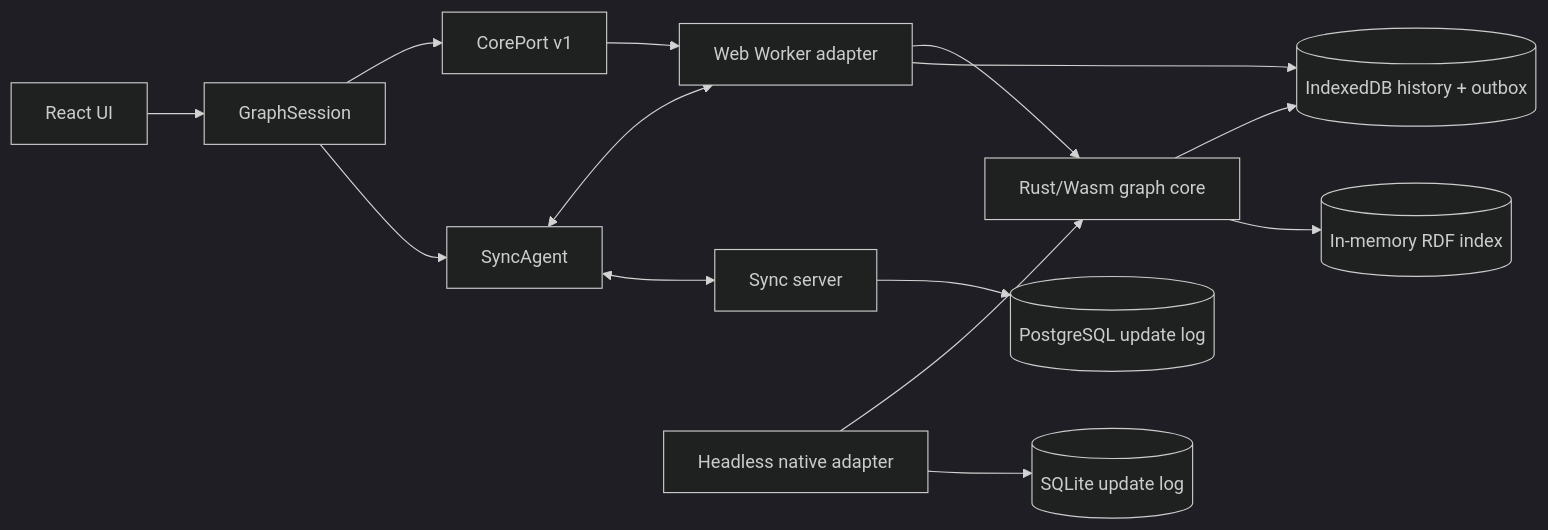
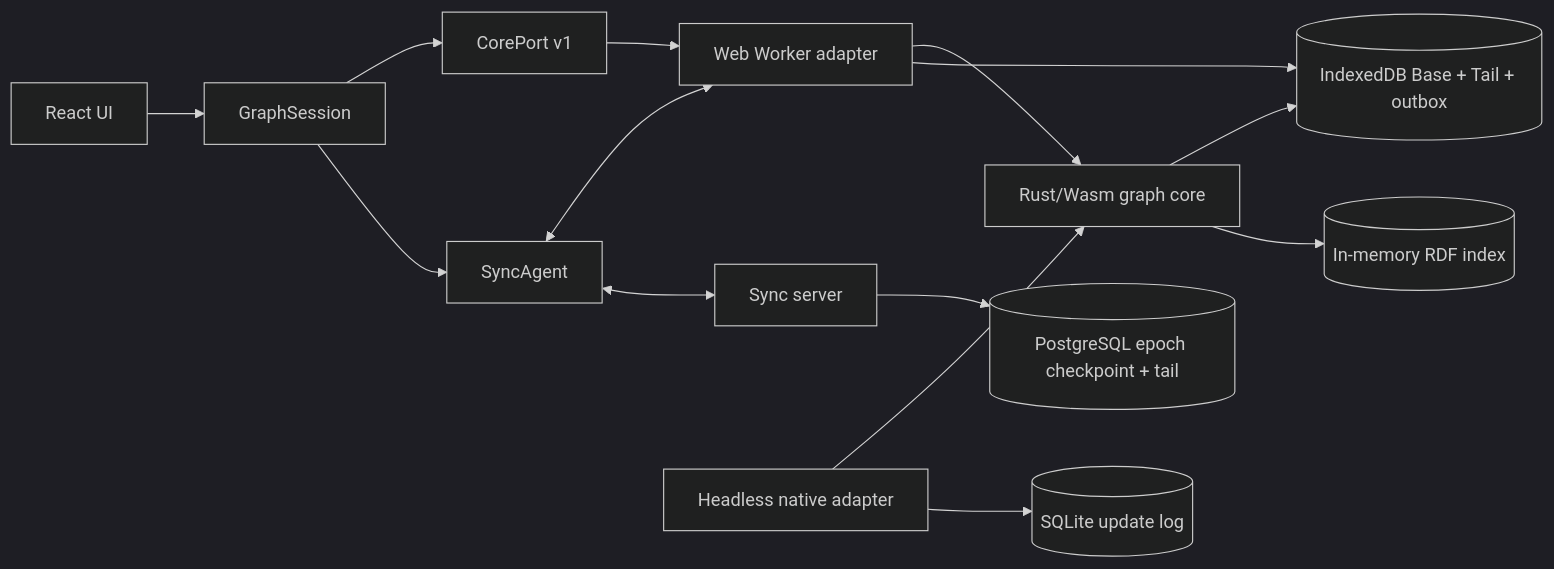
One commit to waneon/neoseq changed the diagram in ARCHITECTURE.md. Above: the diagram before and after it, drawn with Mermaid (dark theme). The commit also changed other lines of this file and 32 other files, not shown here.

````diff
--- a/ARCHITECTURE.md
+++ b/ARCHITECTURE.md
@@ -36,18 +36,18 @@
 ```mermaid
 flowchart LR
     UI[React UI] --> Session[GraphSession]
     Session --> Port[CorePort v1]
     Session --> Agent[SyncAgent]
     Port --> Worker[Web Worker adapter]
     Worker --> Core[Rust/Wasm graph core]
-    Worker --> Store[(IndexedDB history + outbox)]
+    Worker --> Store[(IndexedDB Base + Tail + outbox)]
     Core --> Store
     Core --> Index[(In-memory RDF index)]
 
     Agent <--> Worker
     Agent <--> Sync[Sync server]
-    Sync --> Postgres[(PostgreSQL update log)]
+    Sync --> Postgres[(PostgreSQL epoch checkpoint + tail)]
 
     Native[Headless native adapter] --> Core
     Native --> SQLite[(SQLite update log)]
 ```
````
